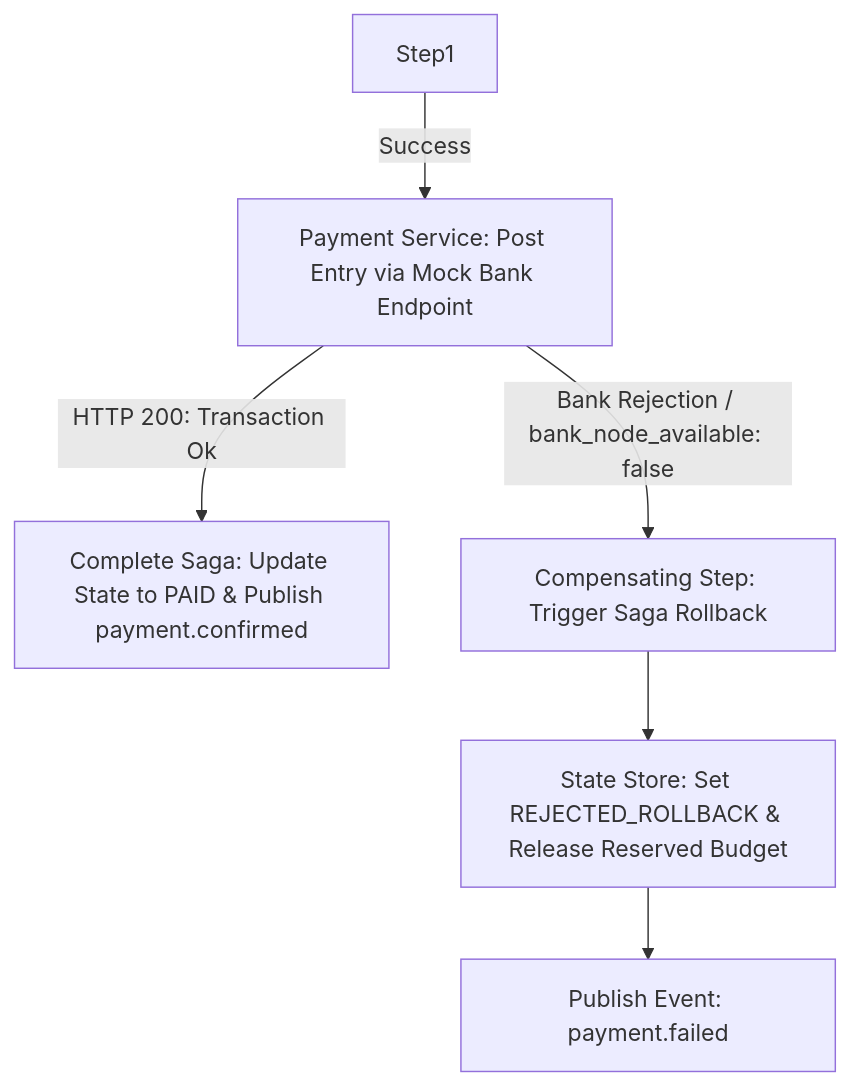
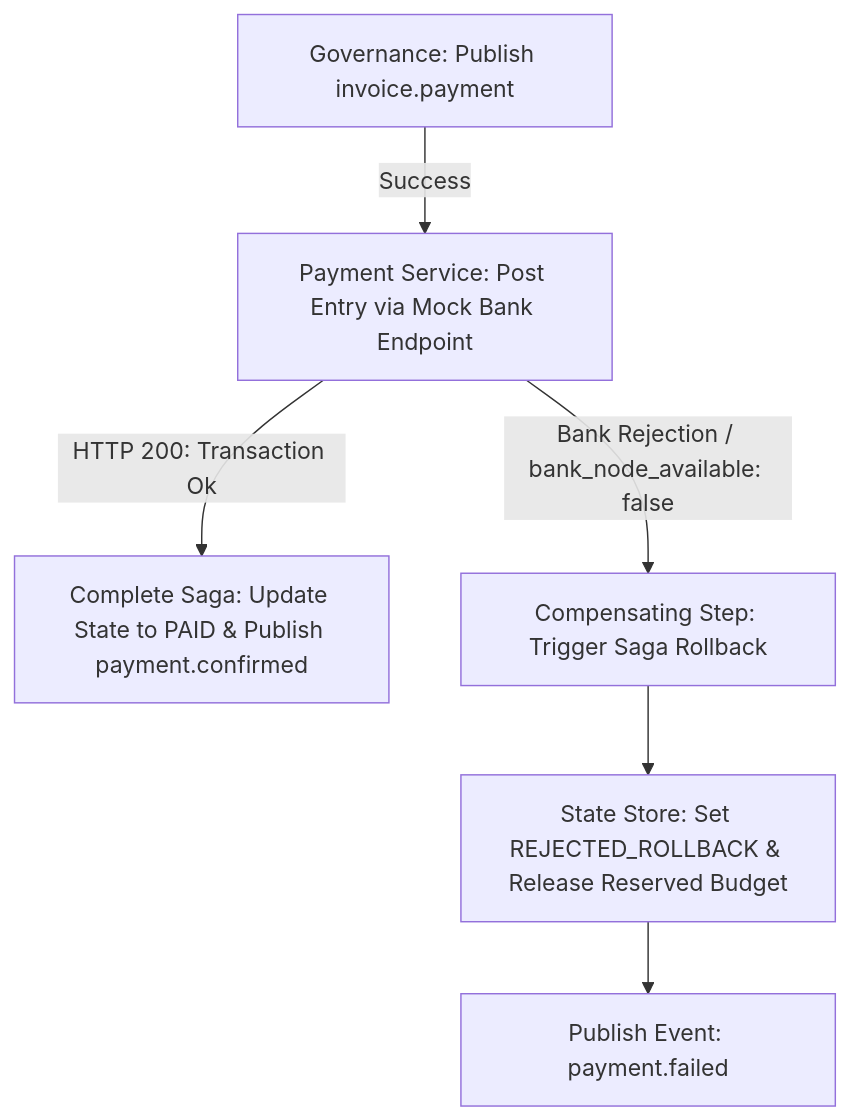
The fifth of 5 diagrams in docs/ARCHITECTURE.md (roman-shneer/InvoiceApprovalFlow), drawn with Mermaid before and after one commit. The commit also changed other lines of this file and 2 other files, not shown here.

````diff
--- a/docs/ARCHITECTURE.md
+++ b/docs/ARCHITECTURE.md
@@ -141,10 +175,10 @@
 ```mermaid
 graph TD    
-    Step1 -->|Success| Step2[Payment Service: Post Entry via Mock Bank Endpoint]
+    Step1[Governance: Publish invoice.payment] -->|Success| Step2[Payment Service: Post Entry via Mock Bank Endpoint]
     Step2 -->|HTTP 200: Transaction Ok| Commit[Complete Saga: Update State to PAID & Publish payment.confirmed]
     
     %% Failure Exception Pathways
     Step2 -->|Bank Rejection / bank_node_available: false| Comp1[Compensating Step: Trigger Saga Rollback]
     Comp1 --> Reset[State Store: Set REJECTED_ROLLBACK & Release Reserved Budget]
     Reset --> Emit[Publish Event: payment.failed]
 ```
````
